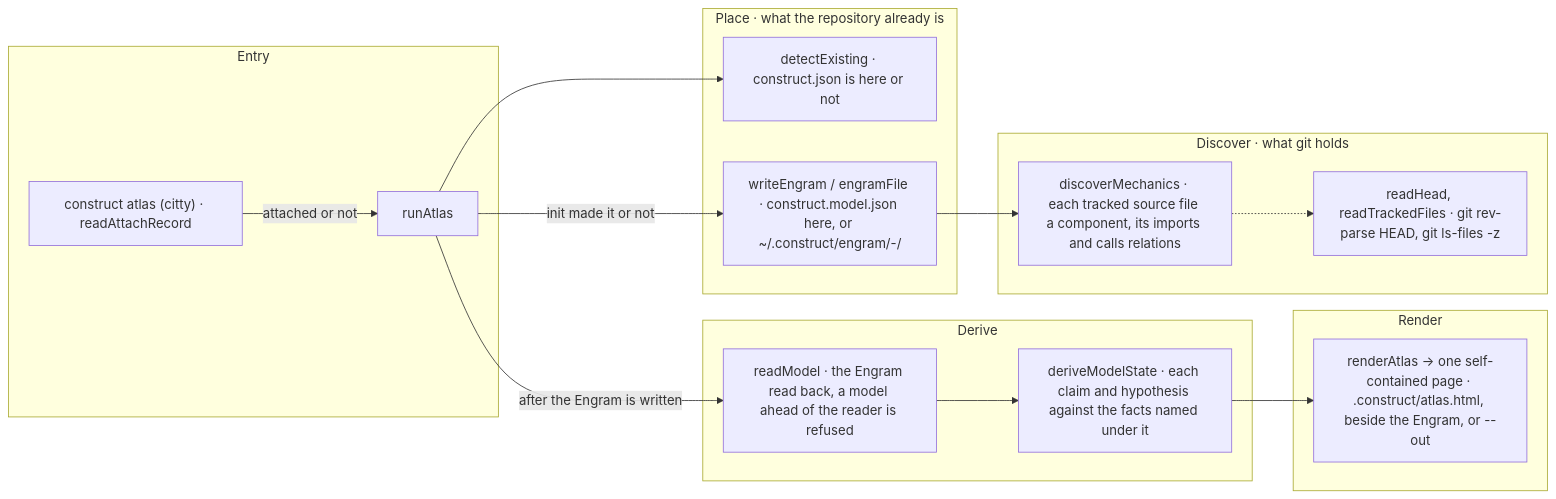
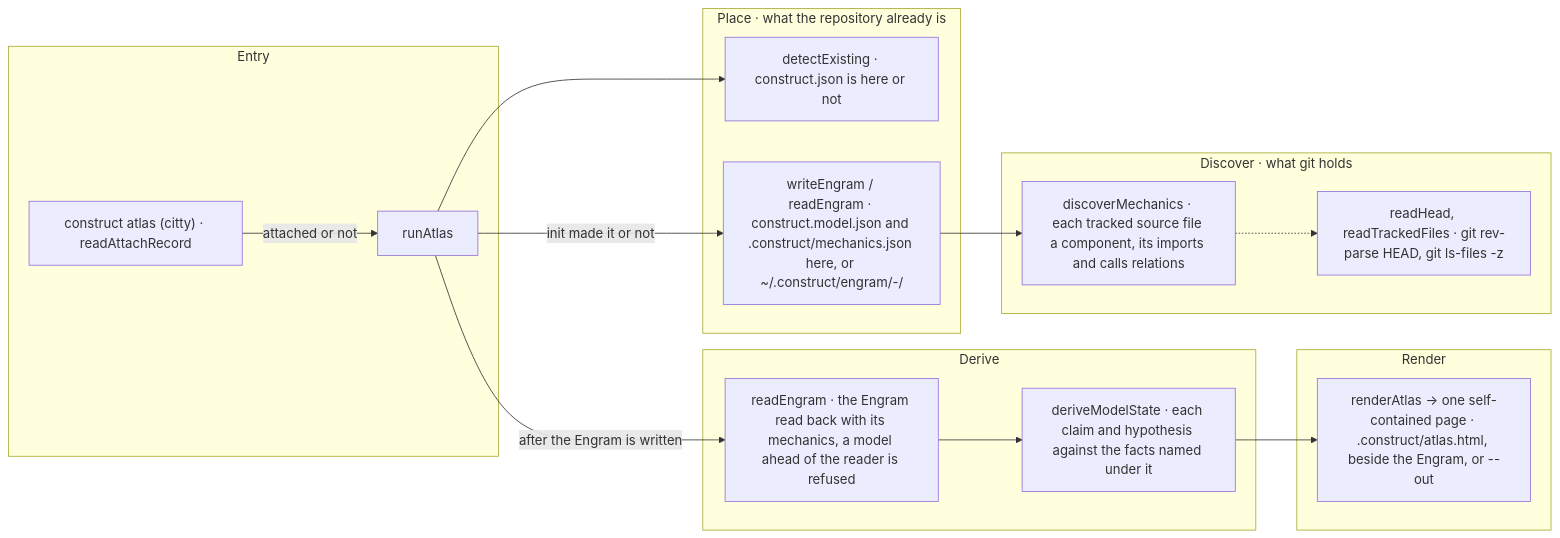
One commit to E1i/mikoshi-construct changed the diagram in architecture/atlas.md. Above: the diagram before and after it, drawn with Mermaid. The commit also changed other lines of this file and 9 other files, not shown here.

First line of the commit message:
engram-mechanics-outside-tracked-model (#1336)

````diff
--- a/architecture/atlas.md
+++ b/architecture/atlas.md
@@ -10,30 +10,30 @@
 ```mermaid
 flowchart LR
   subgraph b_entry["Entry"]
     cli["construct atlas (citty) · readAttachRecord"]
     run["runAtlas"]
   end
   subgraph b_place["Place · what the repository already is"]
     existing["detectExisting · construct.json is here or not"]
-    engram["writeEngram / engramFile · construct.model.json here, or ~/.construct/engram/<repo>-<hash>/"]
+    engram["writeEngram / readEngram · construct.model.json and .construct/mechanics.json here, or ~/.construct/engram/<repo>-<hash>/"]
   end
   subgraph b_discover["Discover · what git holds"]
     git["readHead, readTrackedFiles · git rev-parse HEAD, git ls-files -z"]
     mechanics["discoverMechanics · each tracked source file a component, its imports and calls relations"]
   end
   subgraph b_derive["Derive"]
-    read["readModel · the Engram read back, a model ahead of the reader is refused"]
+    read["readEngram · the Engram read back with its mechanics, a model ahead of the reader is refused"]
     state["deriveModelState · each claim and hypothesis against the facts named under it"]
   end
   subgraph b_render["Render"]
     page["renderAtlas → one self-contained page · .construct/atlas.html, beside the Engram, or --out"]
   end
   cli -->|"attached or not"| run
   run --> existing
   run -->|"init made it or not"| engram
   engram --> mechanics
   mechanics -.-> git
   run -->|"after the Engram is written"| read
   read --> state
   state --> page
 ```
````
